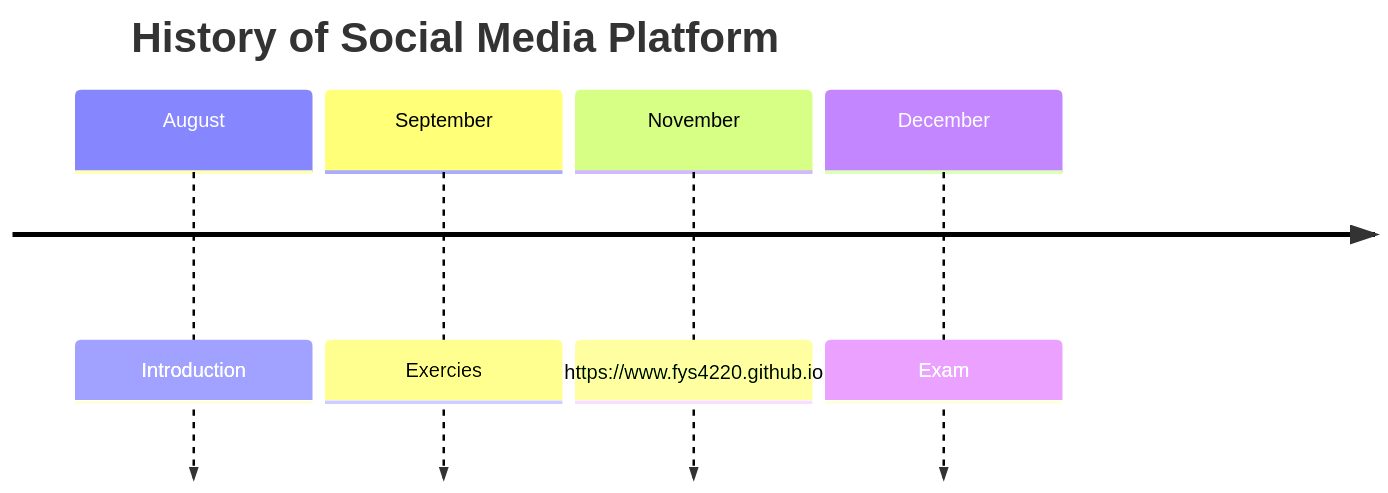
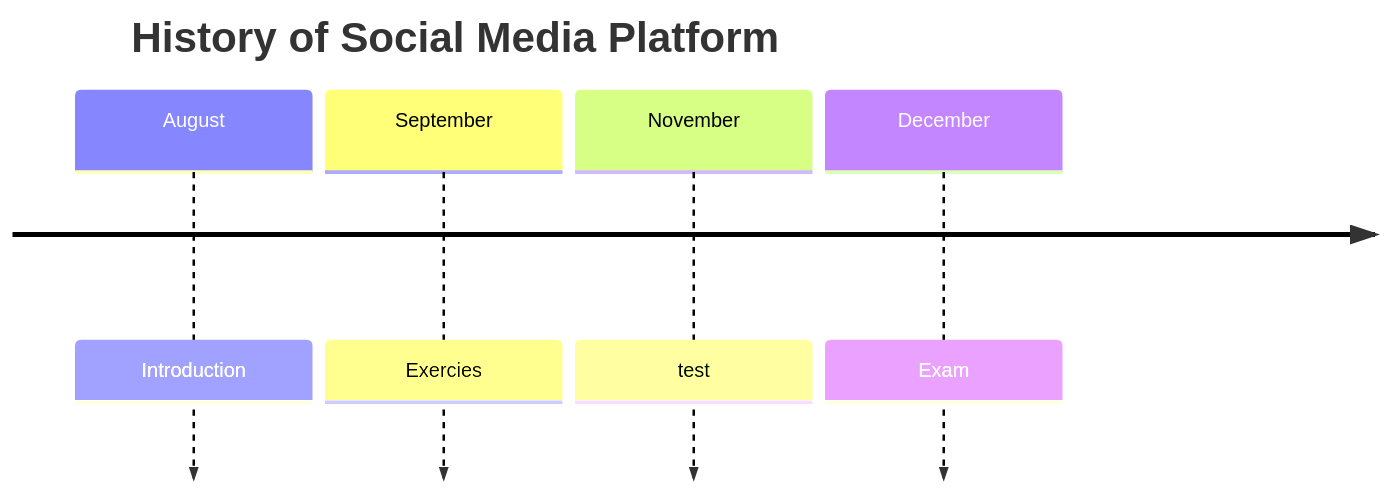
Before and after one commit to fys4220/test: the first of 2 diagrams in README.md, drawn with Mermaid. The commit also changed other lines of this file, not shown here.

````diff
--- a/README.md
+++ b/README.md
@@ -4,8 +4,8 @@
 ```mermaid
 timeline
     title History of Social Media Platform
     August : Introduction
     September : Exercies
-    November : https://www.fys4220.github.io
+    November : test
     December : Exam
 ```
````
